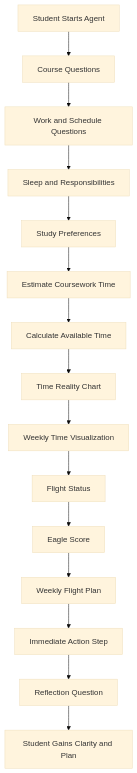
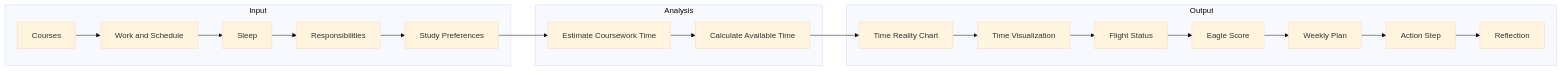
One commit to jalee9/Teaching-with-AI changed the diagram in agents/Eagle Flight Plan/README.md. Above: the diagram before and after it, drawn with Mermaid (base theme). The commit also changed other lines of this file, not shown here.

Commit message:
Revise flowchart layout and labels in README
Updated flowchart structure and labels for clarity in the README.

````diff
--- a/agents/Eagle Flight Plan/README.md
+++ b/agents/Eagle Flight Plan/README.md
@@ -47,17 +47,26 @@
 ```mermaid
-flowchart TD
-    A[Student Starts Agent] --> B[Course Questions]
-    B --> C[Work and Schedule Questions]
-    C --> D[Sleep and Responsibilities]
+flowchart LR
+
+subgraph Input
+    A[Courses] --> B[Work and Schedule]
+    B --> C[Sleep]
+    C --> D[Responsibilities]
     D --> E[Study Preferences]
-    E --> F[Estimate Coursework Time]
-    F --> G[Calculate Available Time]
-    G --> H[Time Reality Chart]
-    H --> I[Weekly Time Visualization]
+end
+
+subgraph Analysis
+    F[Estimate Coursework Time] --> G[Calculate Available Time]
+end
+
+subgraph Output
+    H[Time Reality Chart] --> I[Time Visualization]
     I --> J[Flight Status]
     J --> K[Eagle Score]
-    K --> L[Weekly Flight Plan]
-    L --> M[Immediate Action Step]
-    M --> N[Reflection Question]
-    N --> O[Student Gains Clarity and Plan]
+    K --> L[Weekly Plan]
+    L --> M[Action Step]
+    M --> N[Reflection]
+end
+
+E --> F
+G --> H
 ```
````
